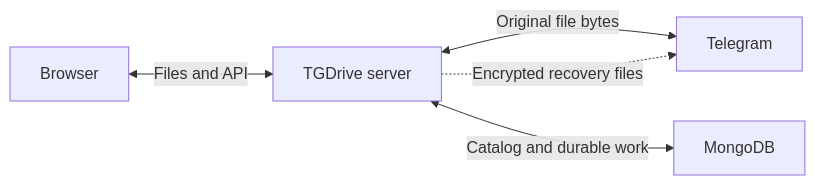
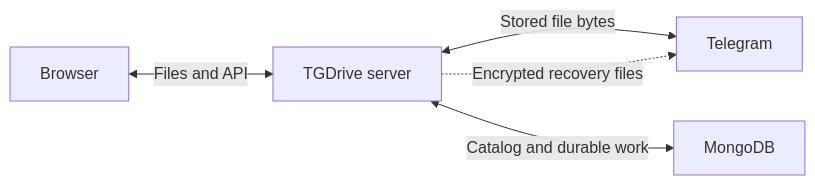
One commit to TechShreyash/TGDrive changed the diagram in docs/architecture.md. Above: the diagram before and after it, drawn with Mermaid. The commit also changed other lines of this file and 2 other files, not shown here.

````diff
--- a/docs/architecture.md
+++ b/docs/architecture.md
@@ -41,7 +41,7 @@
 ```mermaid
 flowchart LR
     Browser <-->|Files and API| Server["TGDrive server"]
-    Server <-->|Original file bytes| Telegram
+    Server <-->|Stored file bytes| Telegram
     Server <-->|Catalog and durable work| MongoDB
     Server -.->|Encrypted recovery files| Telegram
 ```
````
